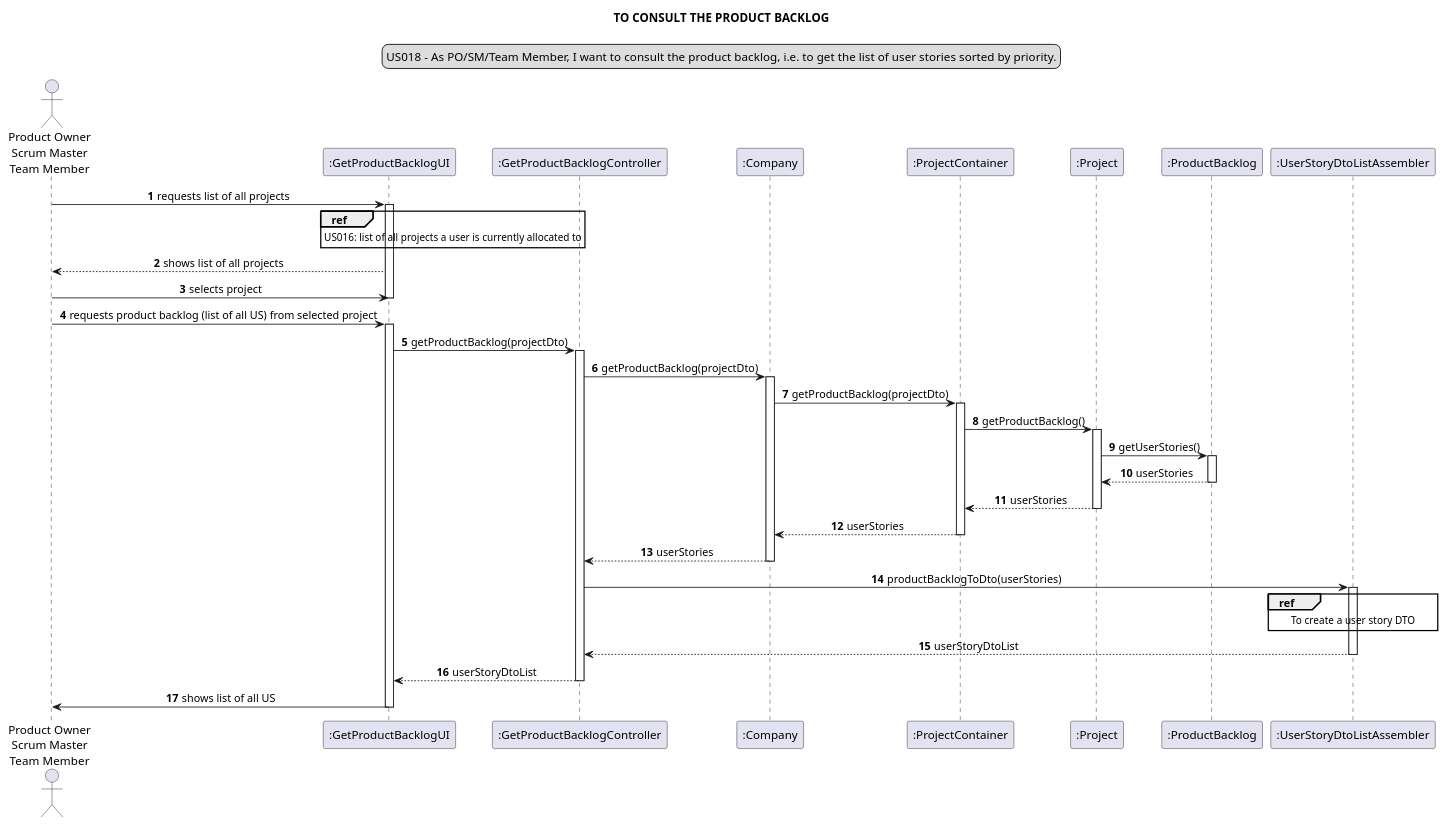
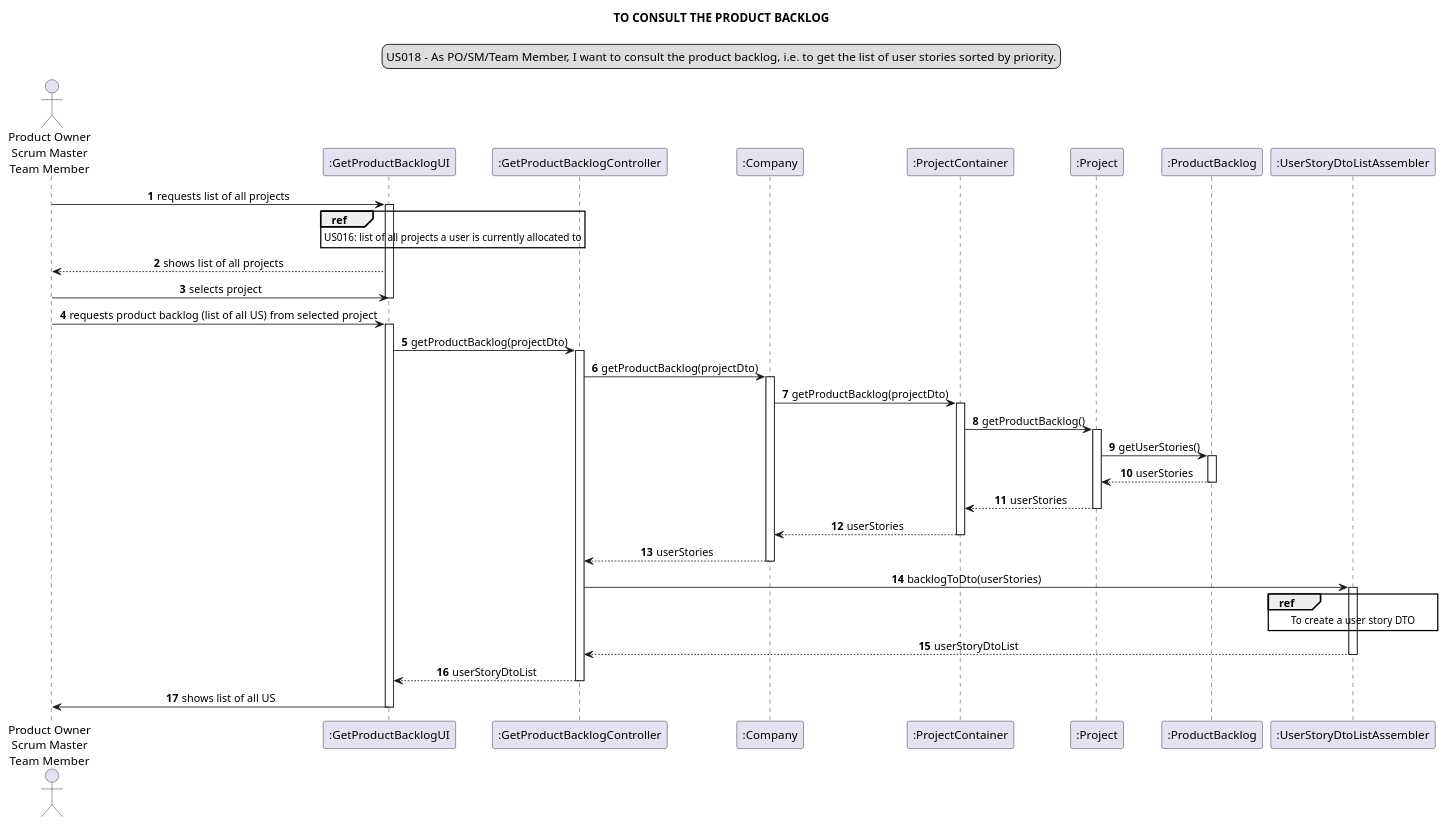
The diagram in docs/modelling_design/user_stories/sprint03/us018/US018_sequenceDiagram.puml (Loracline/project_switch_22-23), drawn with PlantUML before and after one commit.

Commit message:
US018: Design: Updated SD, closed #25

```diff
--- a/docs/modelling_design/user_stories/sprint03/us018/US018_sequenceDiagram.puml
+++ b/docs/modelling_design/user_stories/sprint03/us018/US018_sequenceDiagram.puml
@@ -1,61 +1,61 @@
 @startuml
 skinparam sequenceMessageAlign center
 title TO CONSULT THE PRODUCT BACKLOG
 legend top
 US018 - As PO/SM/Team Member, I want to consult the product backlog, i.e. to get the list of user stories sorted by priority.
 end legend
 autonumber
 
 actor "Product Owner\nScrum Master\nTeam Member" as actor
 participant ":GetProductBacklogUI" as ui
 participant ":GetProductBacklogController" as controller
 participant ":Company" as company
 participant ":ProjectContainer" as container
 participant ":Project" as project
 participant ":ProductBacklog" as backlog
 participant ":UserStoryDtoListAssembler" as builder
 
 
 
 actor -> ui: requests list of all projects
 activate ui
 ref over ui: US016: list of all projects a user is currently allocated to
 
 ui --> actor: shows list of all projects
 actor -> ui: selects project
 deactivate ui
 
 actor -> ui: requests product backlog (list of all US) from selected project
 activate ui
 ui -> controller: getProductBacklog(projectDto)
 activate controller
 controller -> company: getProductBacklog(projectDto)
 activate company
 company -> container: getProductBacklog(projectDto)
 activate container
 
 container -> project: getProductBacklog()
 activate project
 project -> backlog: getUserStories()
 activate backlog
 backlog --> project: userStories
 deactivate backlog
 
 project --> container: userStories
 deactivate project
 container --> company: userStories
 deactivate container
 company --> controller: userStories
 deactivate company
-controller -> builder: productBacklogToDto(userStories)
+controller -> builder: backlogToDto(userStories)
 activate builder
 ref over builder: To create a user story DTO
 builder --> controller: userStoryDtoList
 
 deactivate builder
 controller --> ui: userStoryDtoList
 deactivate controller
 
 ui -> actor: shows list of all US
 deactivate ui
 @enduml
```
